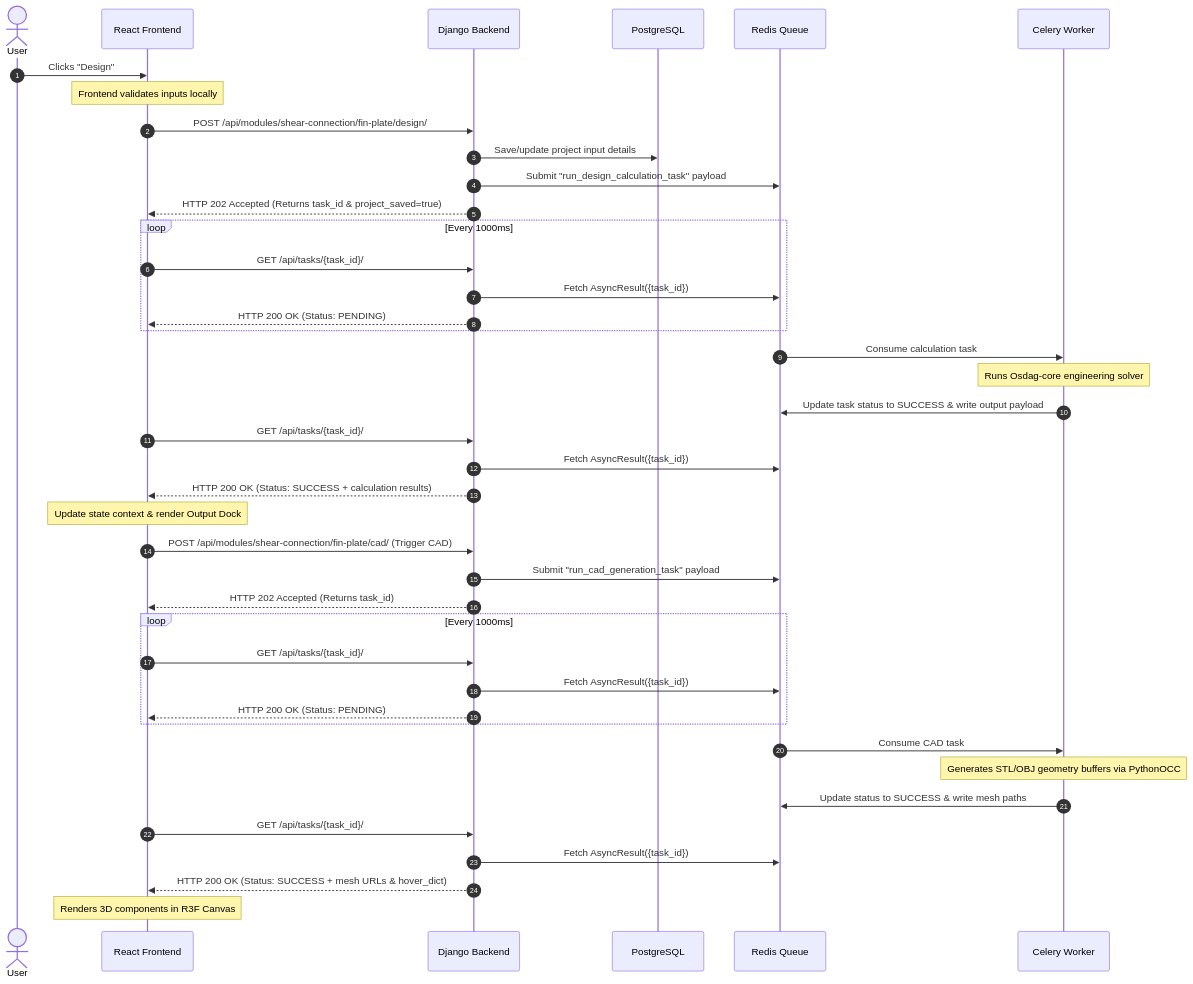
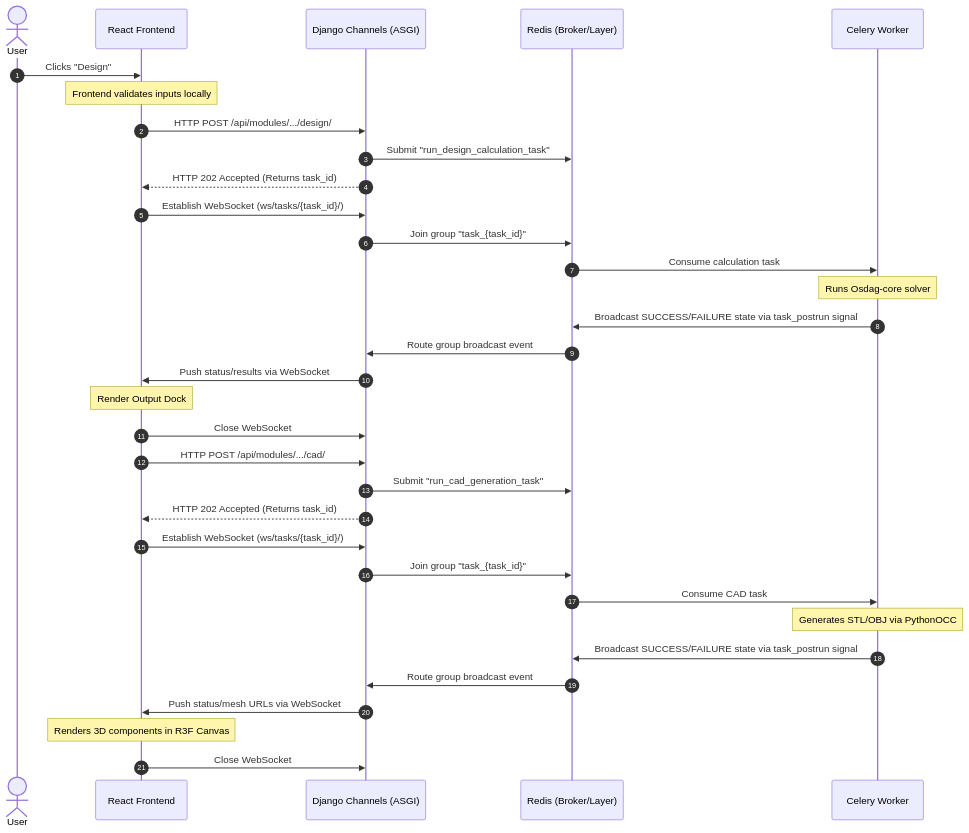
The second of 2 diagrams in documentation/chapter_1_architecture_overview.md (sogalabhi/Osdag-web), drawn with Mermaid before and after one commit. The commit also changed other lines of this file and 49 other files, not shown here.

Commit message:
feat: implement WebSocket support for background tasks and add Celery beat for task scheduling and removed redundant code

````diff
--- a/documentation/chapter_1_architecture_overview.md
+++ b/documentation/chapter_1_architecture_overview.md
@@ -87,53 +88,39 @@
 ```mermaid
 sequenceDiagram
     autonumber
     actor User
     participant FE as React Frontend
-    participant BE as Django Backend
-    participant DB as PostgreSQL
-    participant Broker as Redis Queue
+    participant BE as Django Channels (ASGI)
+    participant Redis as Redis (Broker/Layer)
     participant Worker as Celery Worker
 
     User->>FE: Clicks "Design"
     Note over FE: Frontend validates inputs locally
-    FE->>BE: POST /api/modules/shear-connection/fin-plate/design/
-    BE->>DB: Save/update project input details
-    BE->>Broker: Submit "run_design_calculation_task" payload
-    BE-->>FE: HTTP 202 Accepted (Returns task_id & project_saved=true)
+    FE->>BE: HTTP POST /api/modules/.../design/
+    BE->>Redis: Submit "run_design_calculation_task"
+    BE-->>FE: HTTP 202 Accepted (Returns task_id)
+    FE->>BE: Establish WebSocket (ws/tasks/{task_id}/)
+    BE->>Redis: Join group "task_{task_id}"
     
-    loop Every 1000ms
-        FE->>BE: GET /api/tasks/{task_id}/
-        BE->>Broker: Fetch AsyncResult({task_id})
-        BE-->>FE: HTTP 200 OK (Status: PENDING)
-    end
+    Redis->>Worker: Consume calculation task
+    Note over Worker: Runs Osdag-core solver
+    Worker->>Redis: Broadcast SUCCESS/FAILURE state via task_postrun signal
+    Redis->>BE: Route group broadcast event
+    BE->>FE: Push status/results via WebSocket
+    Note over FE: Render Output Dock
+    FE->>BE: Close WebSocket
 
-    Broker->>Worker: Consume calculation task
-    Note over Worker: Runs Osdag-core engineering solver
-    Worker->>Broker: Update task status to SUCCESS & write output payload
-    
-    FE->>BE: GET /api/tasks/{task_id}/
-    BE->>Broker: Fetch AsyncResult({task_id})
-    BE-->>FE: HTTP 200 OK (Status: SUCCESS + calculation results)
-    
-    Note over FE: Update state context & render Output Dock
-    
-    FE->>BE: POST /api/modules/shear-connection/fin-plate/cad/ (Trigger CAD)
-    BE->>Broker: Submit "run_cad_generation_task" payload
+    FE->>BE: HTTP POST /api/modules/.../cad/
+    BE->>Redis: Submit "run_cad_generation_task"
     BE-->>FE: HTTP 202 Accepted (Returns task_id)
-    
-    loop Every 1000ms
-        FE->>BE: GET /api/tasks/{task_id}/
-        BE->>Broker: Fetch AsyncResult({task_id})
-        BE-->>FE: HTTP 200 OK (Status: PENDING)
-    end
-    
-    Broker->>Worker: Consume CAD task
-    Note over Worker: Generates STL/OBJ geometry buffers via PythonOCC
-    Worker->>Broker: Update status to SUCCESS & write mesh paths
-    
-    FE->>BE: GET /api/tasks/{task_id}/
-    BE->>Broker: Fetch AsyncResult({task_id})
-    BE-->>FE: HTTP 200 OK (Status: SUCCESS + mesh URLs & hover_dict)
-    
+    FE->>BE: Establish WebSocket (ws/tasks/{task_id}/)
+    BE->>Redis: Join group "task_{task_id}"
+
+    Redis->>Worker: Consume CAD task
+    Note over Worker: Generates STL/OBJ via PythonOCC
+    Worker->>Redis: Broadcast SUCCESS/FAILURE state via task_postrun signal
+    Redis->>BE: Route group broadcast event
+    BE->>FE: Push status/mesh URLs via WebSocket
     Note over FE: Renders 3D components in R3F Canvas
+    FE->>BE: Close WebSocket
 ```
````
